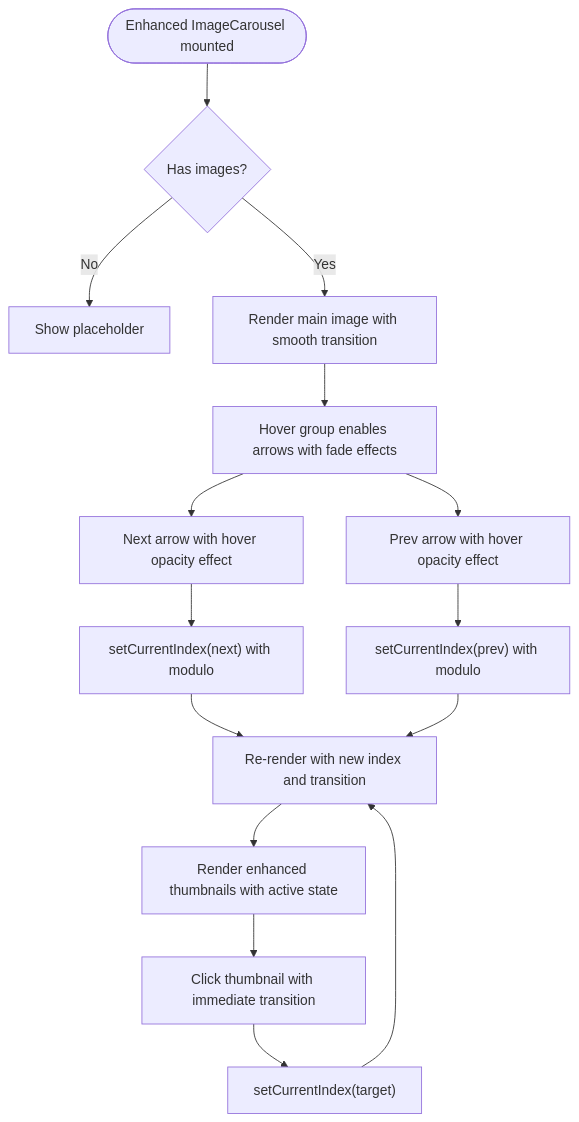
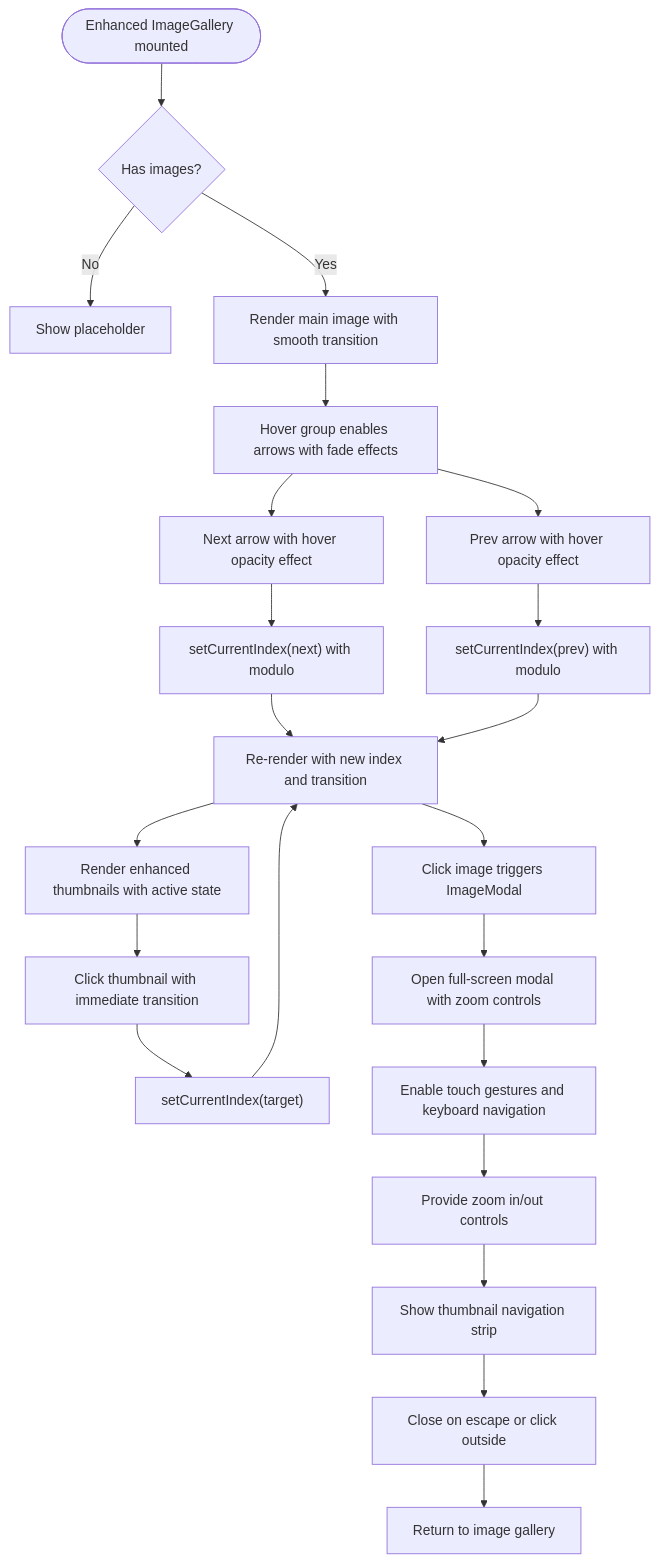
Before and after one commit to Pavan-PSPK9032/TrendsandToss: the third of 5 diagrams in .qoder/repowiki/en/content/Shopping Experience/Product Details & Selection.md, drawn with Mermaid. The commit also changed other lines of this file and 5 other files, not shown here.

````diff
--- a/.qoder/repowiki/en/content/Shopping Experience/Product Details & Selection.md
+++ b/.qoder/repowiki/en/content/Shopping Experience/Product Details & Selection.md
@@ -224,17 +330,24 @@
 ```mermaid
 flowchart TD
-Start(["Enhanced ImageCarousel mounted"]) --> CheckImages{"Has images?"}
+Start(["Enhanced ImageGallery mounted"]) --> CheckImages{"Has images?"}
 CheckImages --> |No| Placeholder["Show placeholder"]
 CheckImages --> |Yes| RenderMain["Render main image with smooth transition"]
 RenderMain --> HoverGroup["Hover group enables arrows with fade effects"]
 HoverGroup --> PrevBtn["Prev arrow with hover opacity effect"]
 HoverGroup --> NextBtn["Next arrow with hover opacity effect"]
 NextBtn --> UpdateIndex["setCurrentIndex(next) with modulo"]
 PrevBtn --> UpdateIndexPrev["setCurrentIndex(prev) with modulo"]
 UpdateIndex --> ReRender["Re-render with new index and transition"]
 UpdateIndexPrev --> ReRender
 ReRender --> Thumbnails["Render enhanced thumbnails with active state"]
 Thumbnails --> ClickThumb["Click thumbnail with immediate transition"]
 ClickThumb --> SetIndex["setCurrentIndex(target)"]
 SetIndex --> ReRender
+ReRender --> ModalTrigger["Click image triggers ImageModal"]
+ModalTrigger --> OpenModal["Open full-screen modal with zoom controls"]
+OpenModal --> GestureControls["Enable touch gestures and keyboard navigation"]
+GestureControls --> ZoomControls["Provide zoom in/out controls"]
+ZoomControls --> ThumbnailStrip["Show thumbnail navigation strip"]
+ThumbnailStrip --> CloseModal["Close on escape or click outside"]
+CloseModal --> ReturnToGallery["Return to image gallery"]
 ```
````
